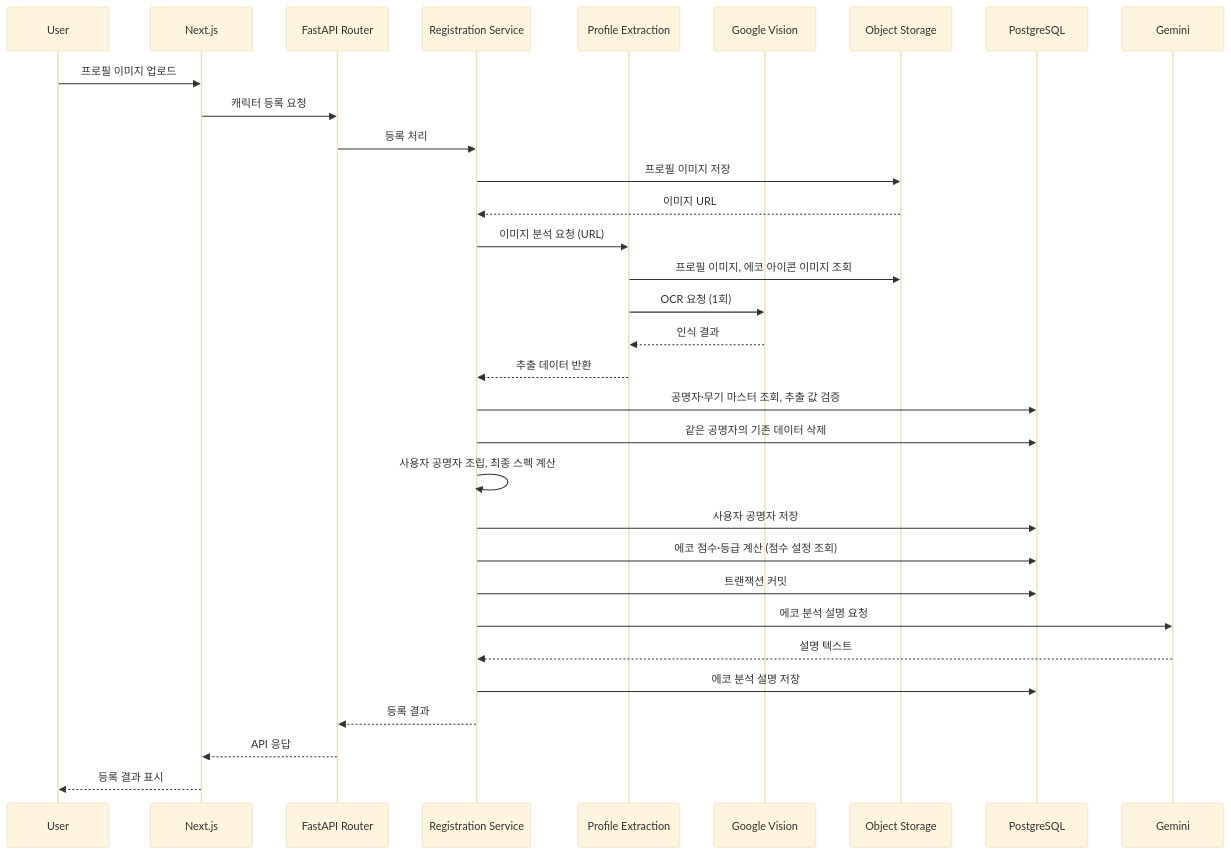
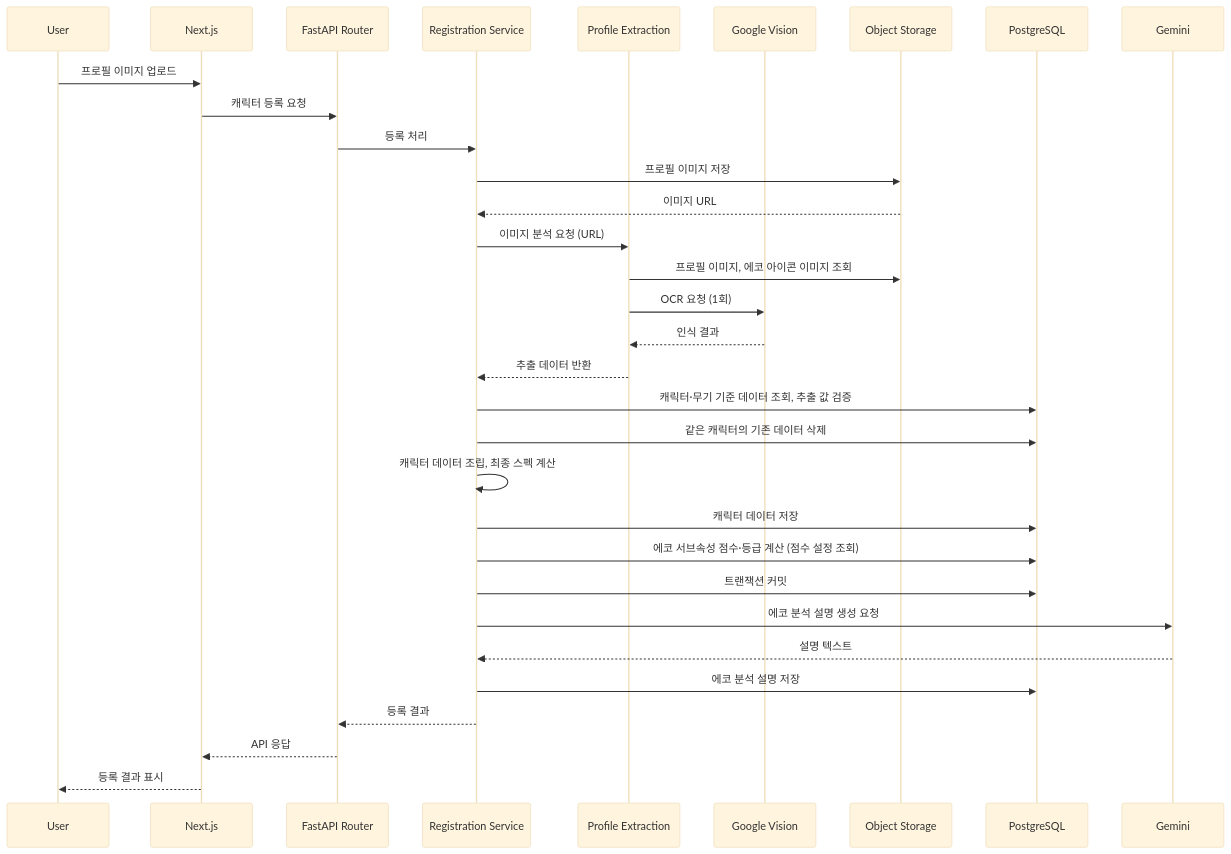
The second of 2 diagrams in README.md (yeon025/WaveSync-BE), drawn with Mermaid (base theme) before and after one commit. The commit also changed other lines of this file, not shown here.

````diff
--- a/README.md
+++ b/README.md
@@ -122,35 +132,35 @@
 ```mermaid
 sequenceDiagram
     participant U as User
     participant F as Next.js
     participant R as FastAPI Router
     participant S as Registration Service
     participant P as Profile Extraction
     participant V as Google Vision
     participant O as Object Storage
     participant D as PostgreSQL
     participant G as Gemini
 
     U->>F: 프로필 이미지 업로드
     F->>R: 캐릭터 등록 요청
     R->>S: 등록 처리
     S->>O: 프로필 이미지 저장
     O-->>S: 이미지 URL
     S->>P: 이미지 분석 요청 (URL)
     P->>O: 프로필 이미지, 에코 아이콘 이미지 조회
     P->>V: OCR 요청 (1회)
     V-->>P: 인식 결과
     P-->>S: 추출 데이터 반환
-    S->>D: 공명자·무기 마스터 조회, 추출 값 검증
-    S->>D: 같은 공명자의 기존 데이터 삭제
-    S->>S: 사용자 공명자 조립, 최종 스펙 계산
-    S->>D: 사용자 공명자 저장
-    S->>D: 에코 점수·등급 계산 (점수 설정 조회)
+    S->>D: 캐릭터·무기 기준 데이터 조회, 추출 값 검증
+    S->>D: 같은 캐릭터의 기존 데이터 삭제
+    S->>S: 캐릭터 데이터 조립, 최종 스펙 계산
+    S->>D: 캐릭터 데이터 저장
+    S->>D: 에코 서브속성 점수·등급 계산 (점수 설정 조회)
     S->>D: 트랜잭션 커밋
-    S->>G: 에코 분석 설명 요청
+    S->>G: 에코 분석 설명 생성 요청
     G-->>S: 설명 텍스트
     S->>D: 에코 분석 설명 저장
     S-->>R: 등록 결과
     R-->>F: API 응답
     F-->>U: 등록 결과 표시
 ```
````
